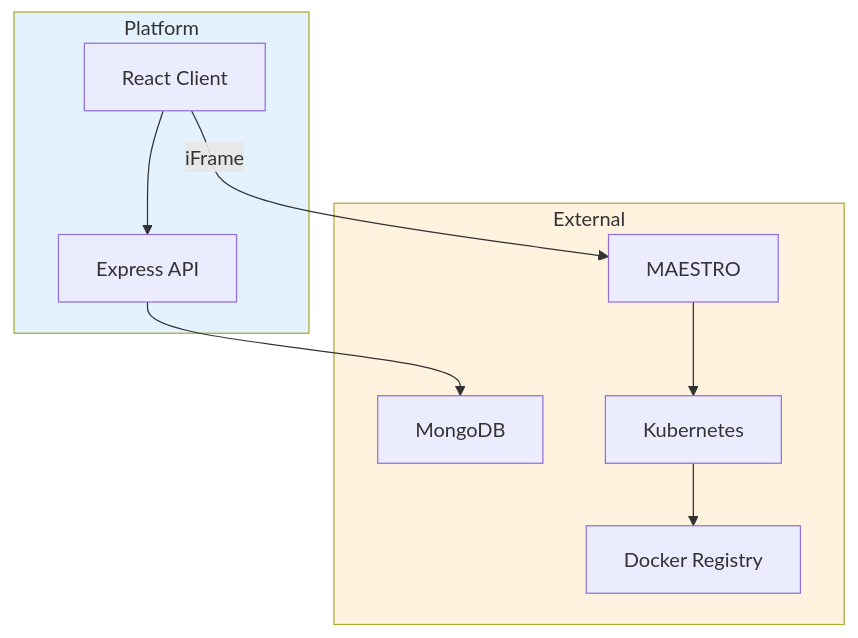
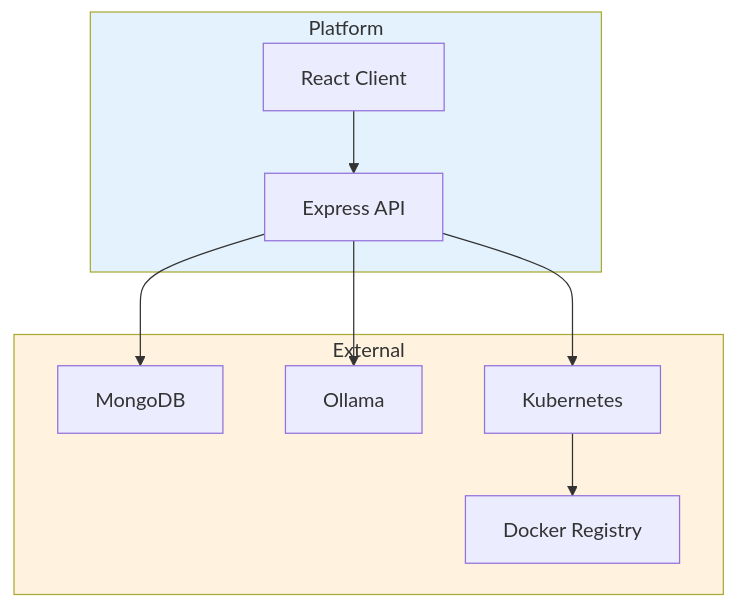
Before and after one commit to montimage-projects/mi-digitaltwin-management-service: the first of 3 diagrams in docs/integration/external-services.md, drawn with Mermaid. The commit also changed other lines of this file and 65 other files, not shown here.

````diff
--- a/docs/integration/external-services.md
+++ b/docs/integration/external-services.md
@@ -7,23 +7,23 @@
 ```mermaid
 graph TD
  subgraph Platform
  A[React Client]
  B[Express API]
  end
 
  subgraph External
  C[MongoDB]
- D[MAESTRO]
+ D[Ollama]
  E[Kubernetes]
  F[Docker Registry]
  end
 
  A --> B
  B --> C
- A -->|iFrame| D
- D --> E
+ B --> D
+ B --> E
  E --> F
 
  style Platform fill:#e3f2fd
  style External fill:#fff3e0
 ```
````
